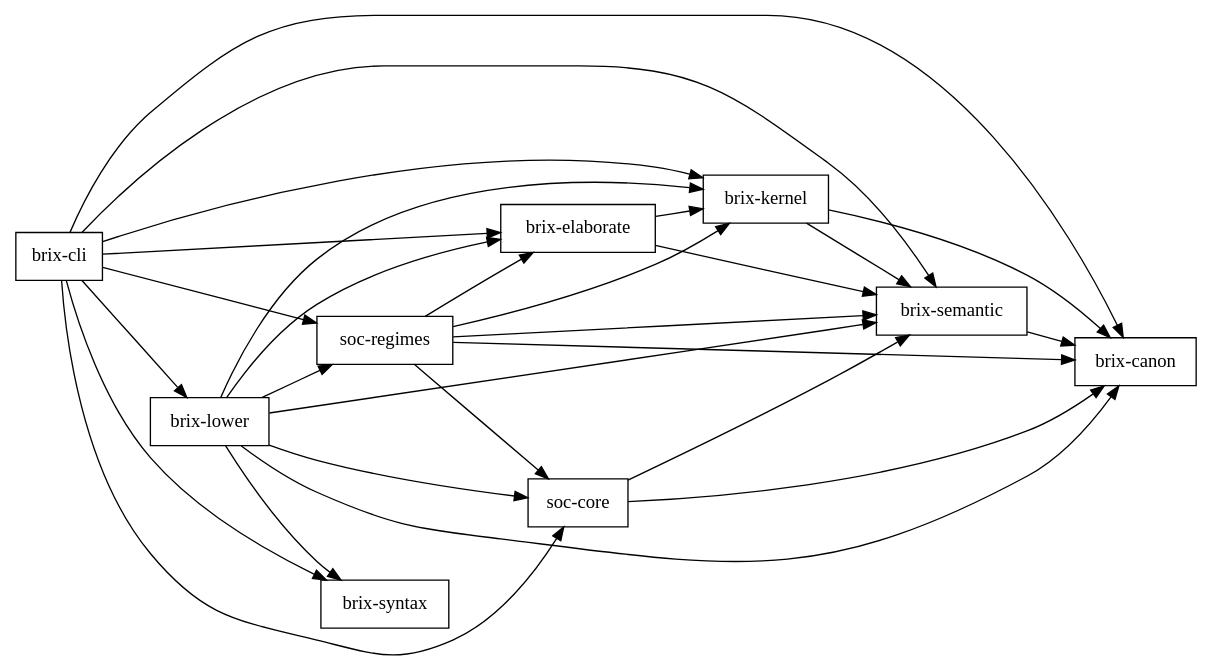
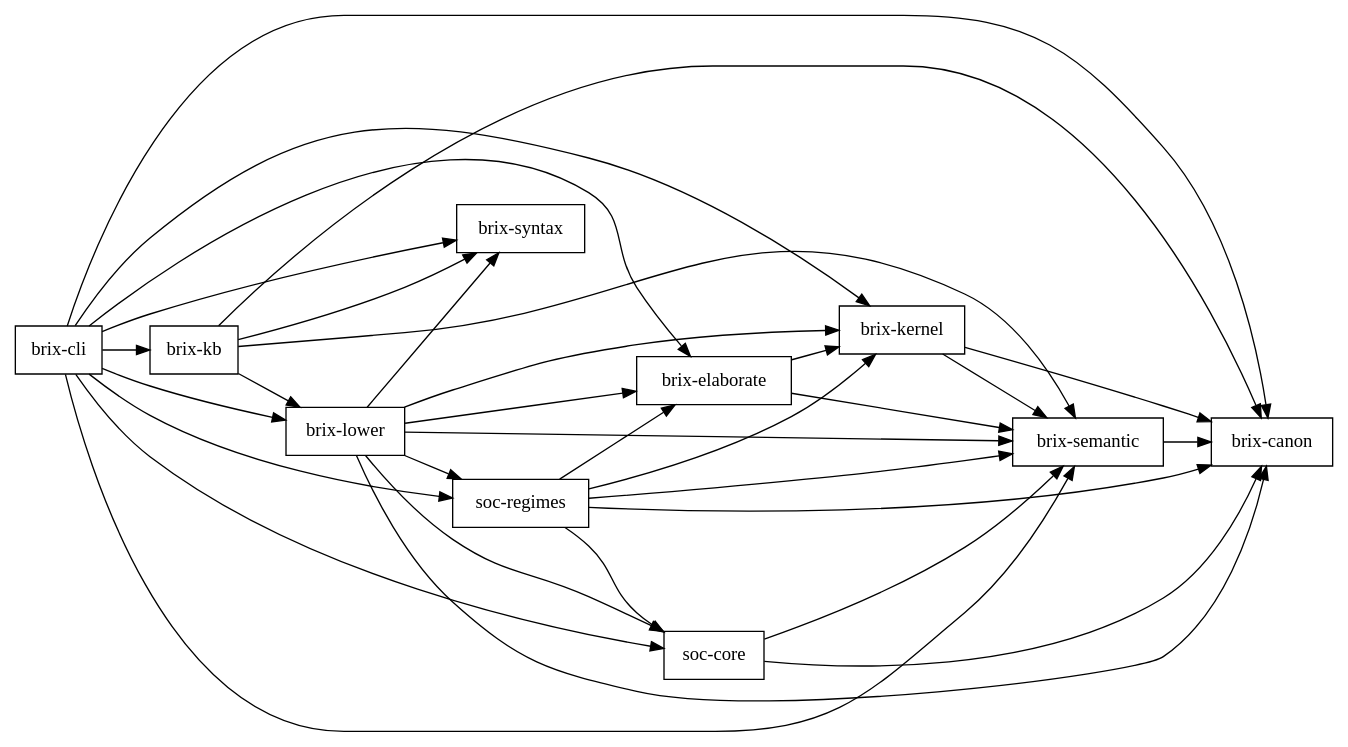
The diagram in docs/audit/issue-63/workspace-dependencies.dot (tbreijm/brixms), drawn with Graphviz before and after one commit. The commit also changed 193 other files, not shown here.

```diff
--- a/docs/audit/issue-63/workspace-dependencies.dot
+++ b/docs/audit/issue-63/workspace-dependencies.dot
@@ -1,40 +1,46 @@
 digraph brixms_workspace {
   rankdir=LR;
   node [shape=box];
   "brix-canon";
   "brix-cli";
   "brix-elaborate";
+  "brix-kb";
   "brix-kernel";
   "brix-lower";
   "brix-semantic";
   "brix-syntax";
   "soc-core";
   "soc-regimes";
   "brix-cli" -> "brix-canon";
   "brix-cli" -> "brix-elaborate";
+  "brix-cli" -> "brix-kb";
   "brix-cli" -> "brix-kernel";
   "brix-cli" -> "brix-lower";
   "brix-cli" -> "brix-semantic";
   "brix-cli" -> "brix-syntax";
   "brix-cli" -> "soc-core";
   "brix-cli" -> "soc-regimes";
   "brix-elaborate" -> "brix-kernel";
   "brix-elaborate" -> "brix-semantic";
+  "brix-kb" -> "brix-canon";
+  "brix-kb" -> "brix-lower";
+  "brix-kb" -> "brix-semantic";
+  "brix-kb" -> "brix-syntax";
   "brix-kernel" -> "brix-canon";
   "brix-kernel" -> "brix-semantic";
   "brix-lower" -> "brix-canon";
   "brix-lower" -> "brix-elaborate";
   "brix-lower" -> "brix-kernel";
   "brix-lower" -> "brix-semantic";
   "brix-lower" -> "brix-syntax";
   "brix-lower" -> "soc-core";
   "brix-lower" -> "soc-regimes";
   "brix-semantic" -> "brix-canon";
   "soc-core" -> "brix-canon";
   "soc-core" -> "brix-semantic";
   "soc-regimes" -> "brix-canon";
   "soc-regimes" -> "brix-elaborate";
   "soc-regimes" -> "brix-kernel";
   "soc-regimes" -> "brix-semantic";
   "soc-regimes" -> "soc-core";
 }
```
